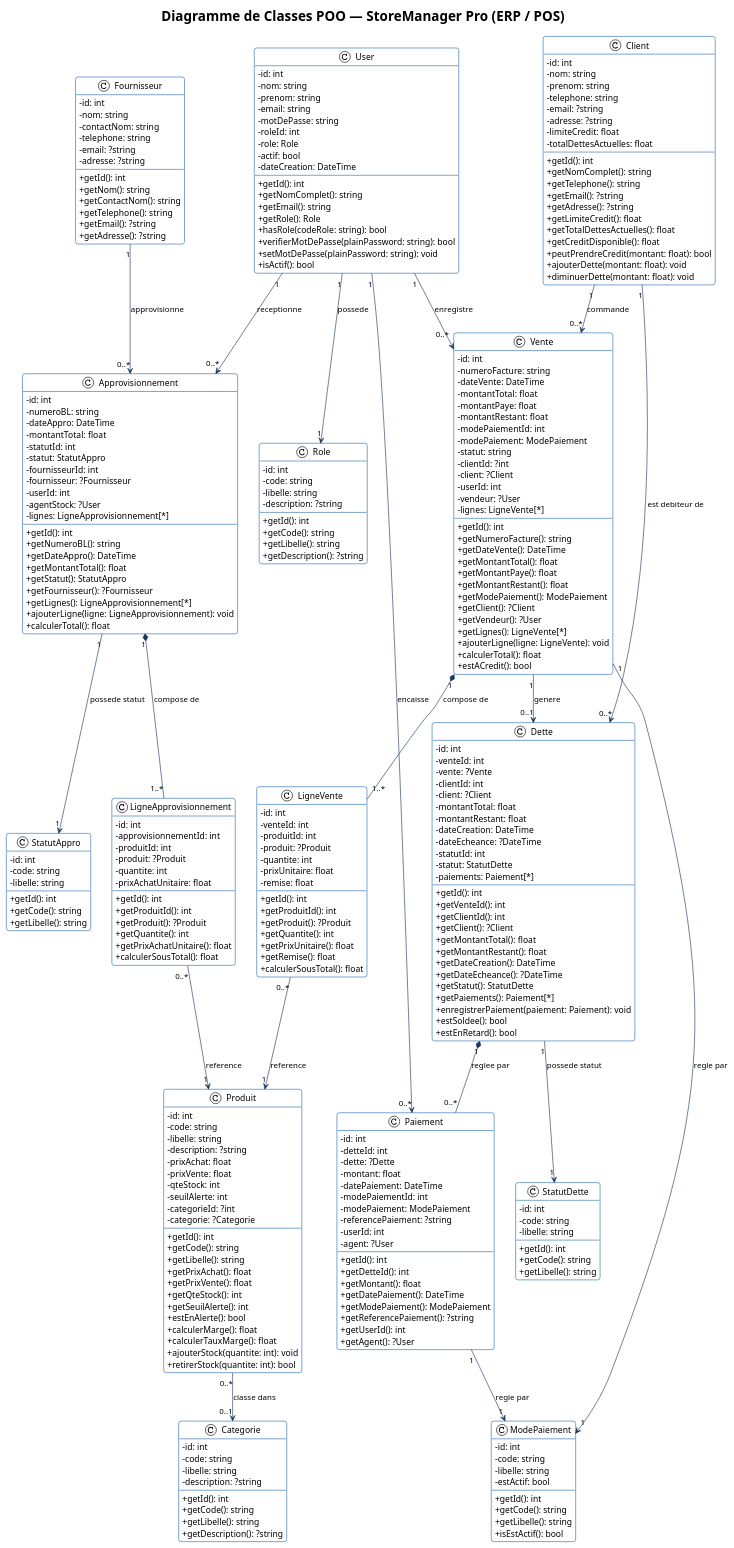
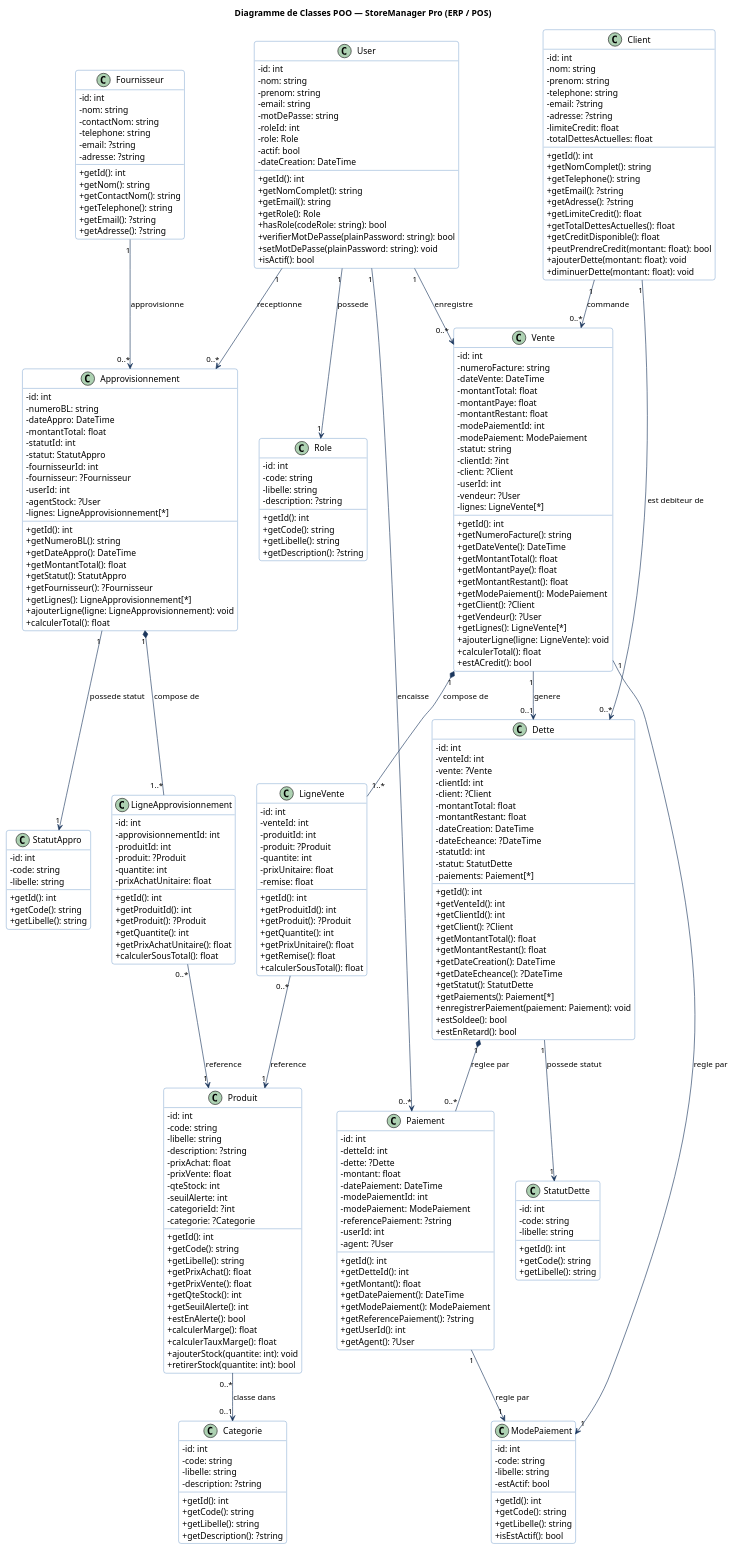
One commit to yussuf9900/Store-Manager-Pro-POO changed the diagram in docs/diagramme_classes.puml. Above: the diagram before and after it, drawn with PlantUML. The commit also changed 8 other files, not shown here.

```diff
--- a/docs/diagramme_classes.puml
+++ b/docs/diagramme_classes.puml
@@ -1,5 +1,4 @@
 @startuml
-!theme plain
 skinparam roundcorner 8
 skinparam defaultFontName Arial
 skinparam shadowing false
@@ -13,9 +12,6 @@
 
 title **Diagramme de Classes POO — StoreManager Pro (ERP / POS)**
 
-' ==========================================
-' CLASSES DE RÉFÉRENTIELS & PARAMÉTRAGES
-' ==========================================
 class Role {
     -id: int
     -code: string
@@ -67,9 +63,6 @@
     +getDescription(): ?string
 }
 
-' ==========================================
-' ENTITÉS MÉTIER PRINCIPALES
-' ==========================================
 class User {
     -id: int
     -nom: string
@@ -286,9 +279,6 @@
     +calculerSousTotal(): float
 }
 
-' ==========================================
-' RELATIONS ET ASSOCIATIONS
-' ==========================================
 User "1" --> "1" Role : possede
 User "1" --> "0..*" Vente : enregistre
 User "1" --> "0..*" Paiement : encaisse
```
